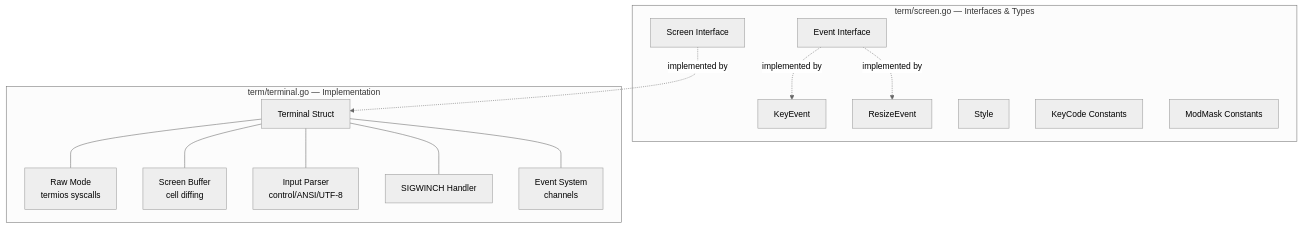
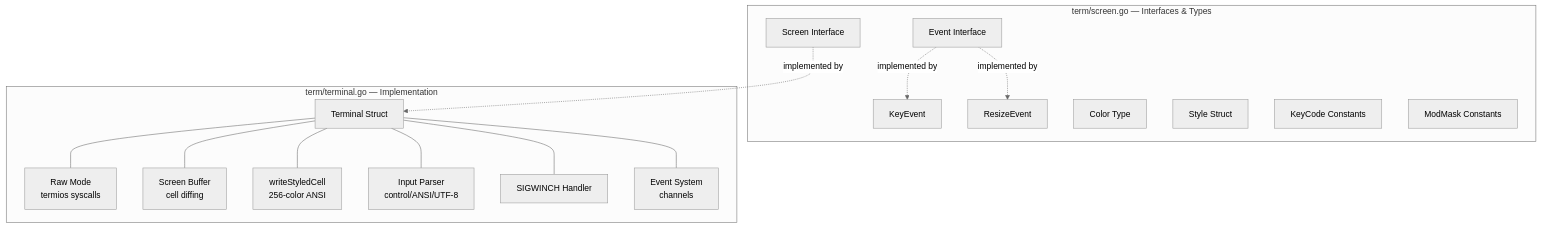
One commit to ryogrid/gomacs changed the first of 10 diagrams in impl_docs/terminal.md. Above: the diagram before and after it, drawn with Mermaid (neutral theme). The commit also changed other lines of this file and 4 other files, not shown here.

````diff
--- a/impl_docs/terminal.md
+++ b/impl_docs/terminal.md
@@ -7,30 +7,33 @@
 ```mermaid
 graph TB
     subgraph "term/screen.go — Interfaces & Types"
         SI[Screen Interface]
         EI[Event Interface]
         KE[KeyEvent]
         RE[ResizeEvent]
-        ST[Style]
+        CO[Color Type]
+        ST[Style Struct]
         KC[KeyCode Constants]
         MM[ModMask Constants]
     end
 
     subgraph "term/terminal.go — Implementation"
         TM[Terminal Struct]
         RM[Raw Mode<br/>termios syscalls]
         SB[Screen Buffer<br/>cell diffing]
+        WS[writeStyledCell<br/>256-color ANSI]
         IP[Input Parser<br/>control/ANSI/UTF-8]
         SH[SIGWINCH Handler]
         ES[Event System<br/>channels]
     end
 
     SI -.->|implemented by| TM
     EI -.->|implemented by| KE
     EI -.->|implemented by| RE
     TM --- RM
     TM --- SB
+    TM --- WS
     TM --- IP
     TM --- SH
     TM --- ES
 ```
````
